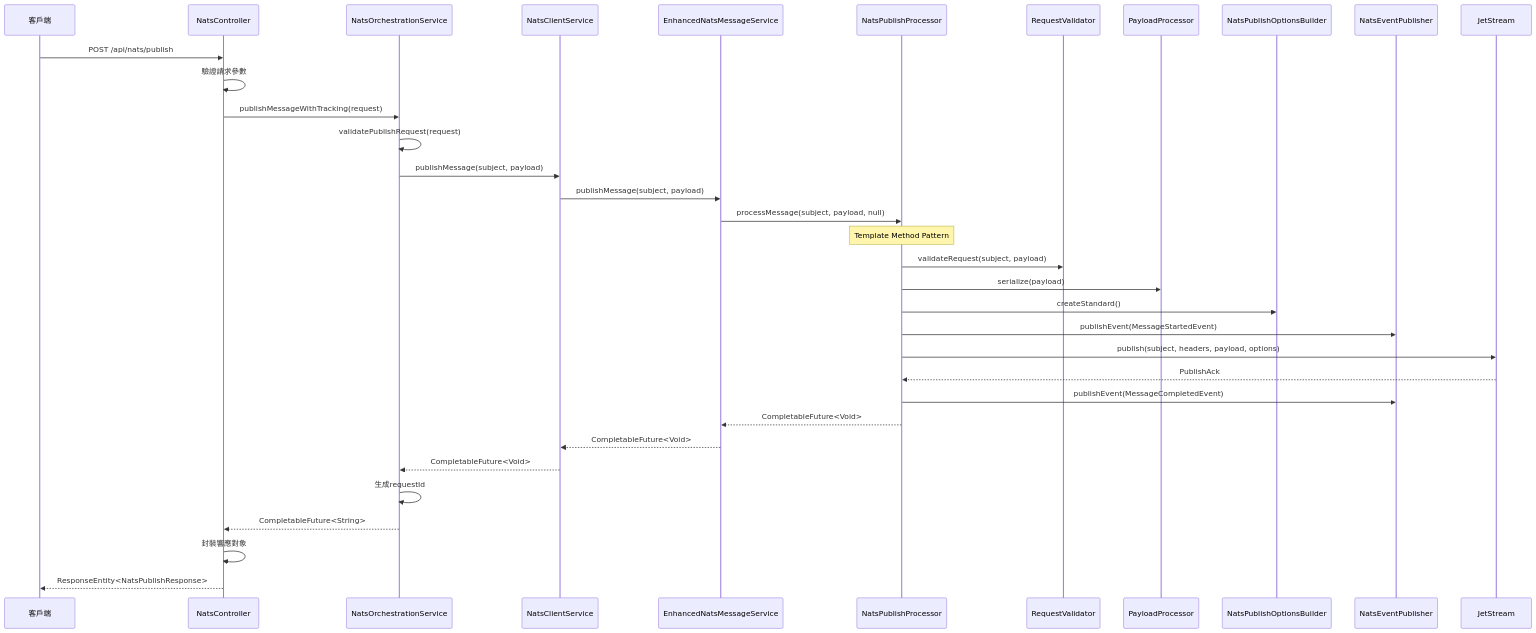
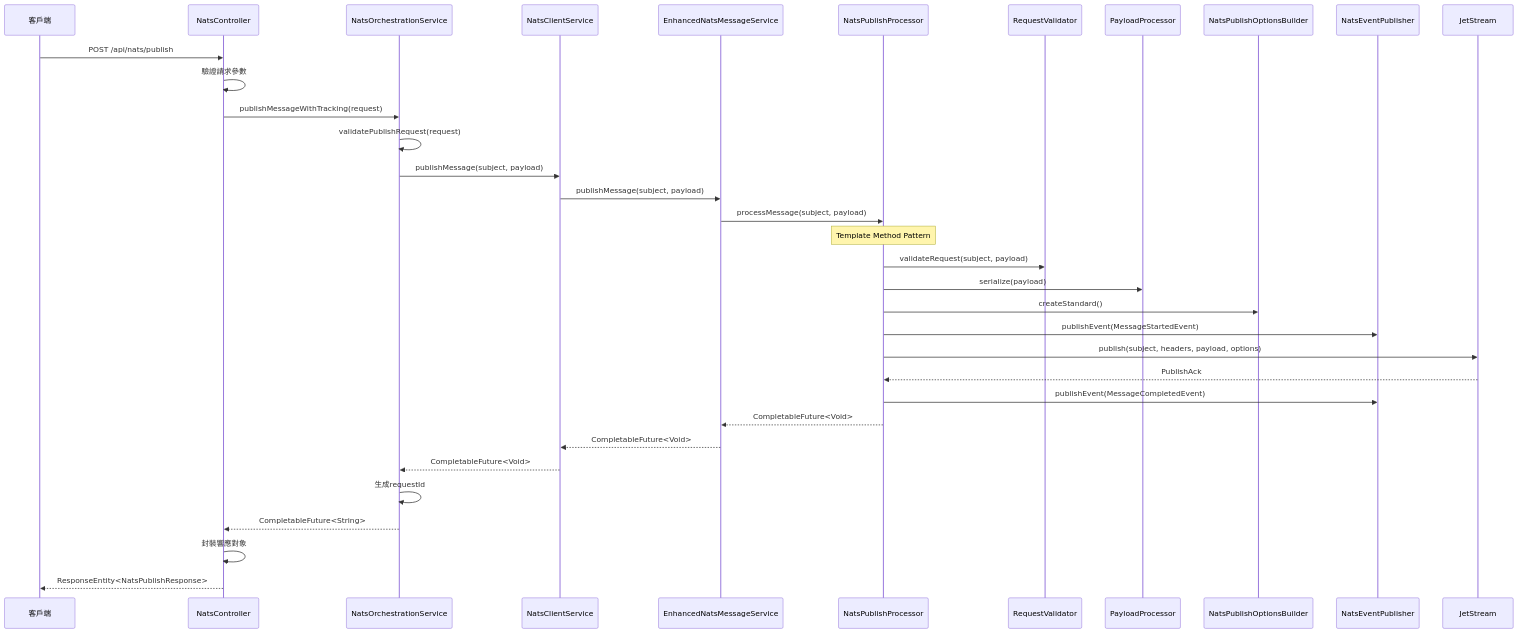
One commit to fantong11/nats-client changed the third of 7 diagrams in docs/ARCHITECTURE.md. Above: the diagram before and after it, drawn with Mermaid. The commit also changed other lines of this file and 54 other files, not shown here.

````diff
--- a/docs/ARCHITECTURE.md
+++ b/docs/ARCHITECTURE.md
@@ -347,46 +349,46 @@
 ```mermaid
 sequenceDiagram
     participant Client as 客戶端
     participant Controller as NatsController
     participant Orchestration as NatsOrchestrationService
     participant ClientService as NatsClientService
     participant Enhanced as EnhancedNatsMessageService
     participant PublishProcessor as NatsPublishProcessor
     participant Validator as RequestValidator
     participant PayloadProcessor as PayloadProcessor
     participant Builder as NatsPublishOptionsBuilder
     participant EventPublisher as NatsEventPublisher
     participant JetStream as JetStream
     
     Client->>Controller: POST /api/nats/publish
     Controller->>Controller: 驗證請求參數
     
     Controller->>Orchestration: publishMessageWithTracking(request)
     Orchestration->>Orchestration: validatePublishRequest(request)
     
     Orchestration->>ClientService: publishMessage(subject, payload)
     ClientService->>Enhanced: publishMessage(subject, payload)
     
-    Enhanced->>PublishProcessor: processMessage(subject, payload, null)
+    Enhanced->>PublishProcessor: processMessage(subject, payload)
     
     Note over PublishProcessor: Template Method Pattern
     PublishProcessor->>Validator: validateRequest(subject, payload)
     PublishProcessor->>PayloadProcessor: serialize(payload)
     PublishProcessor->>Builder: createStandard()
     
     PublishProcessor->>EventPublisher: publishEvent(MessageStartedEvent)
     
     PublishProcessor->>JetStream: publish(subject, headers, payload, options)
     JetStream-->>PublishProcessor: PublishAck
     
     PublishProcessor->>EventPublisher: publishEvent(MessageCompletedEvent)
     
     PublishProcessor-->>Enhanced: CompletableFuture<Void>
     Enhanced-->>ClientService: CompletableFuture<Void>
     ClientService-->>Orchestration: CompletableFuture<Void>
     
     Orchestration->>Orchestration: 生成requestId
     Orchestration-->>Controller: CompletableFuture<String>
     Controller->>Controller: 封裝響應對象
     Controller-->>Client: ResponseEntity<NatsPublishResponse>
 ```
````
